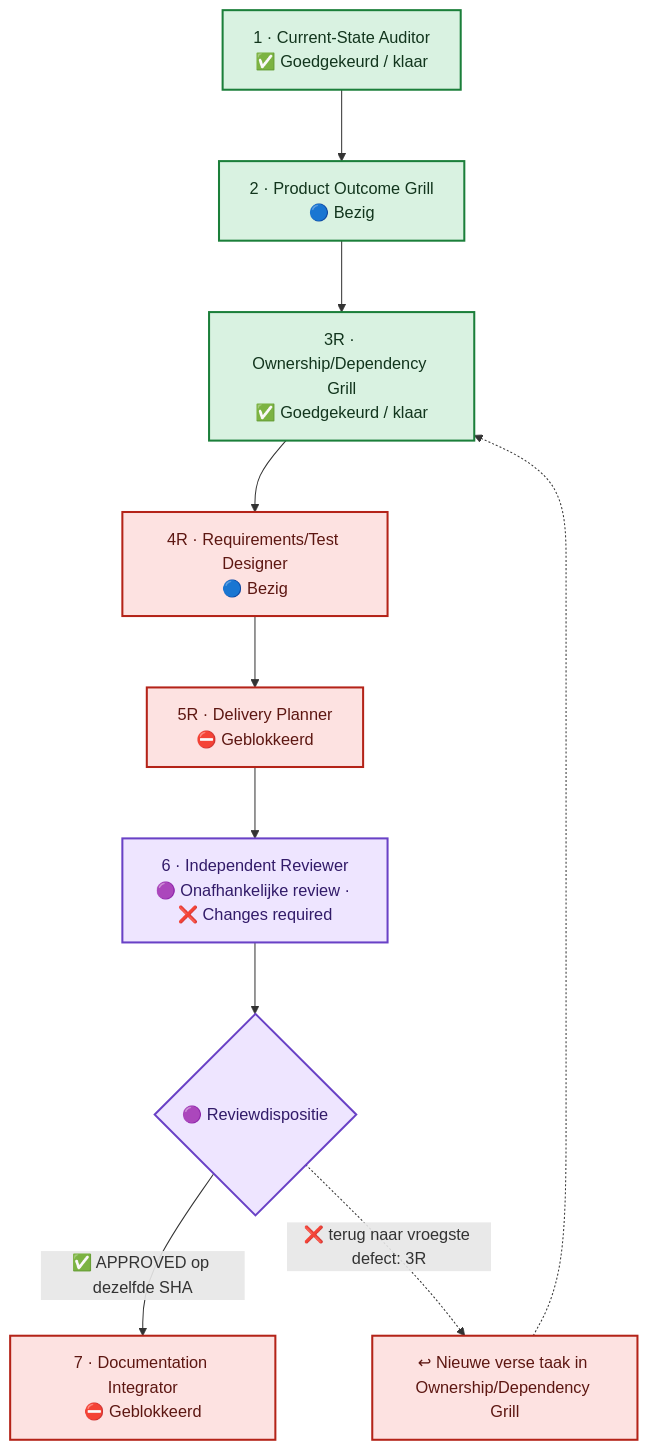
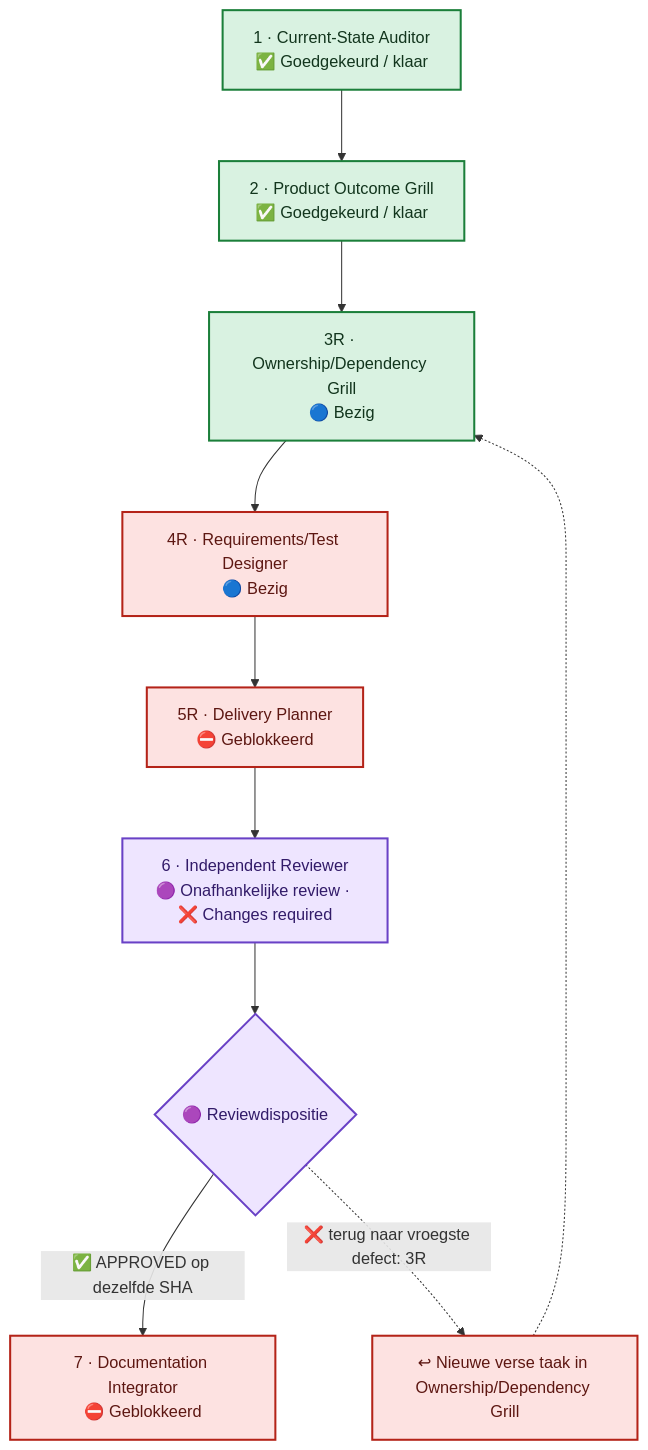
Before and after one commit to Jandesch91/n1-bioforge-requirements-cockpit: the diagram in flow.mmd, drawn with Mermaid. The commit also changed 3 other files, not shown here.

```diff
--- a/flow.mmd
+++ b/flow.mmd
@@ -1,24 +1,24 @@
 %%{init: {"flowchart": {"curve": "basis", "nodeSpacing": 60, "rankSpacing": 70, "htmlLabels": true}}}%%
 flowchart TB
     %% A vertical main lane prevents crossing arrows. The review return uses one side lane.
     phase_1["1 · Current-State Auditor<br/>✅ Goedgekeurd / klaar"]
-    phase_2["2 · Product Outcome Grill<br/>🔵 Bezig"]
-    phase_3r["3R · Ownership/Dependency Grill<br/>✅ Goedgekeurd / klaar"]
+    phase_2["2 · Product Outcome Grill<br/>✅ Goedgekeurd / klaar"]
+    phase_3r["3R · Ownership/Dependency Grill<br/>🔵 Bezig"]
     phase_4r["4R · Requirements/Test Designer<br/>🔵 Bezig"]
     phase_5r["5R · Delivery Planner<br/>⛔ Geblokkeerd"]
     phase_6["6 · Independent Reviewer<br/>🟣 Onafhankelijke review · ❌ Changes required"]
     phase_7["7 · Documentation Integrator<br/>⛔ Geblokkeerd"]
     phase_1 --> phase_2 --> phase_3r --> phase_4r --> phase_5r --> phase_6
     review_decision{"🟣 Reviewdispositie"}
     phase_6 --> review_decision
     review_decision -->|"✅ APPROVED op dezelfde SHA"| phase_7
     review_decision -.->|"❌ terug naar vroegste defect: 3R"| return_lane["↩ Nieuwe verse taak in Ownership/Dependency Grill"]
     return_lane -.-> phase_3r
     classDef approved fill:#D9F2E1,stroke:#1B7F3A,color:#12351D,stroke-width:2px
     classDef changes fill:#FDE2E1,stroke:#B42318,color:#5D1712,stroke-width:2px
     classDef blocked fill:#FDE2E1,stroke:#B42318,color:#5D1712,stroke-width:2px
     classDef review fill:#EEE5FF,stroke:#6941C6,color:#321B69,stroke-width:2px
     class phase_1,phase_2,phase_3r approved
     class phase_4r changes
     class phase_5r,phase_7,return_lane blocked
     class phase_6,review_decision review
```
